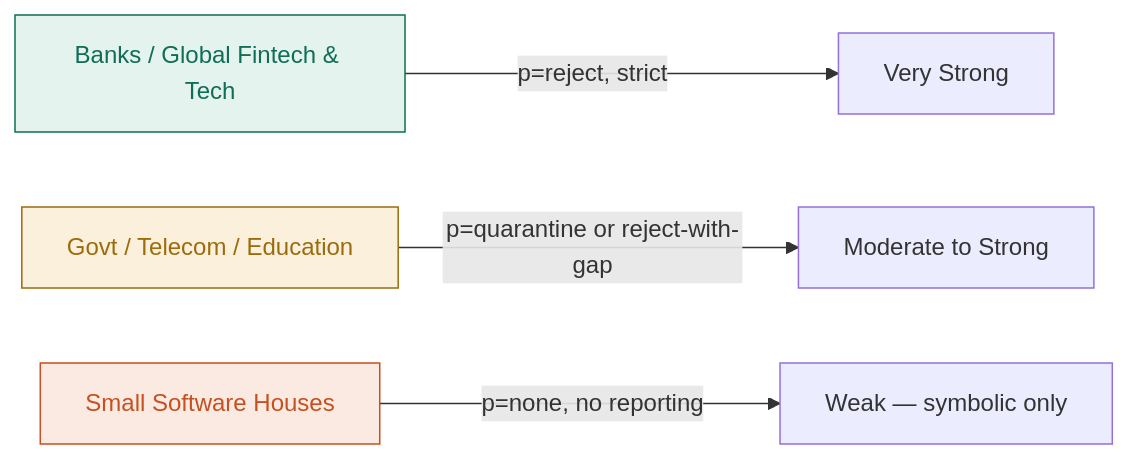
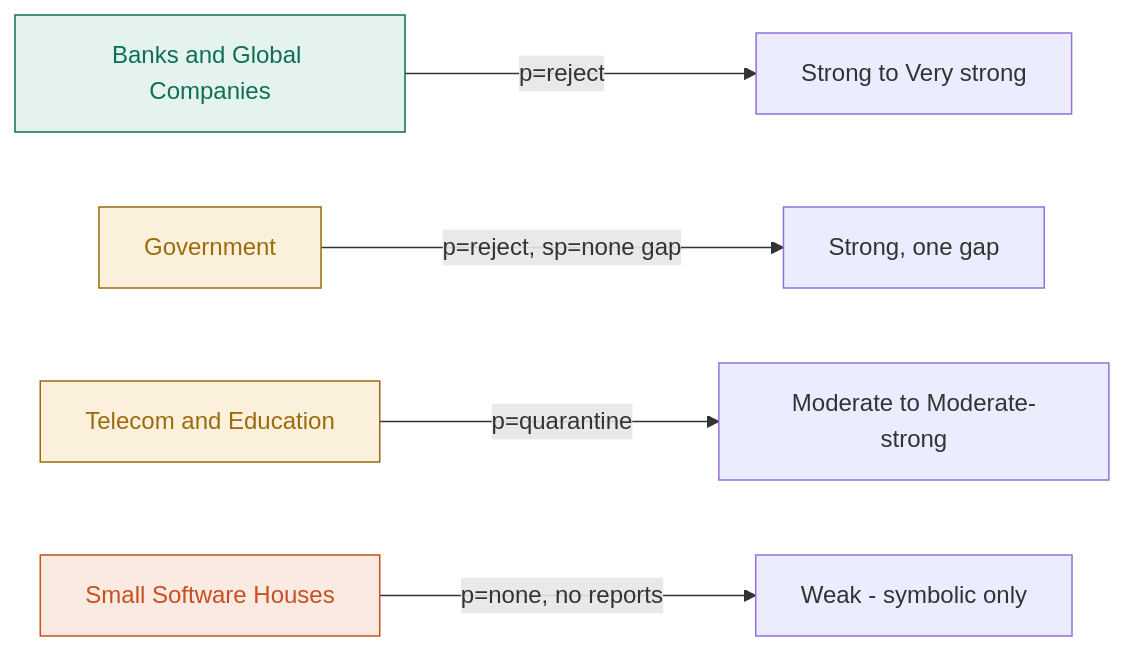
One commit to malaika-azhar/Real-World-Tier2-Support-Projects changed the third of 4 diagrams in project-3-live-email-security-audit/README.md. Above: the diagram before and after it, drawn with Mermaid. The commit also changed other lines of this file, not shown here.

````diff
--- a/project-3-live-email-security-audit/README.md
+++ b/project-3-live-email-security-audit/README.md
@@ -196,10 +505,11 @@
 ```mermaid
 flowchart LR
-    A[Banks / Global Fintech & Tech]:::strong -->|p=reject, strict| S1[Very Strong]
-    B[Govt / Telecom / Education]:::moderate -->|p=quarantine or reject-with-gap| S2[Moderate to Strong]
-    C[Small Software Houses]:::weak -->|p=none, no reporting| S3[Weak — symbolic only]
+    A[Banks and Global Companies]:::strong -->|p=reject| S1[Strong to Very strong]
+    G[Government]:::moderate -->|p=reject, sp=none gap| S4[Strong, one gap]
+    B[Telecom and Education]:::moderate -->|p=quarantine| S2[Moderate to Moderate-strong]
+    C[Small Software Houses]:::weak -->|p=none, no reports| S3[Weak - symbolic only]
 
     classDef strong fill:#E4F3EE,stroke:#0F6E56,color:#0F6E56
     classDef moderate fill:#FBF0DC,stroke:#9C6B0B,color:#9C6B0B
     classDef weak fill:#FBEAE2,stroke:#C6501F,color:#C6501F
 ```
````
